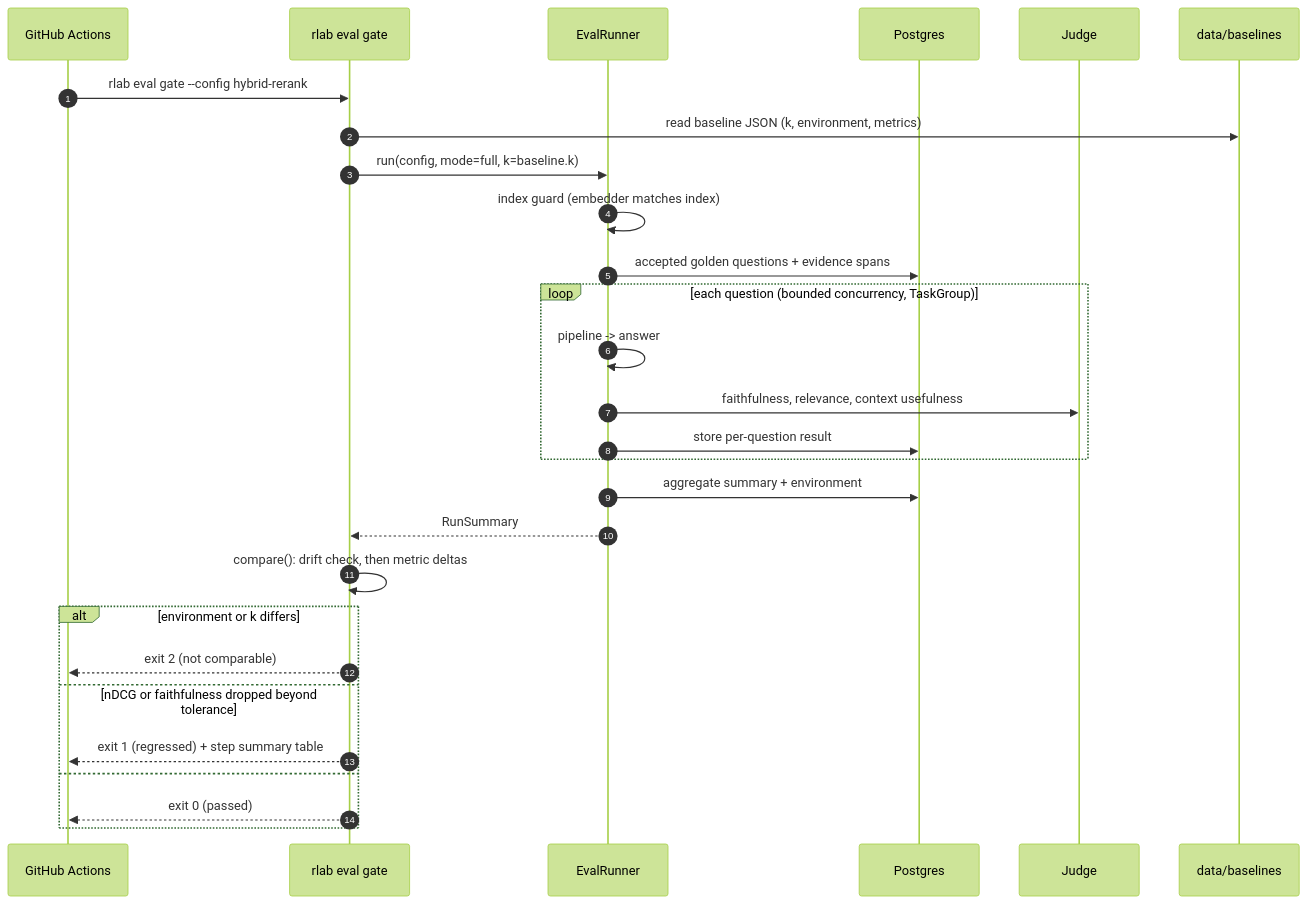
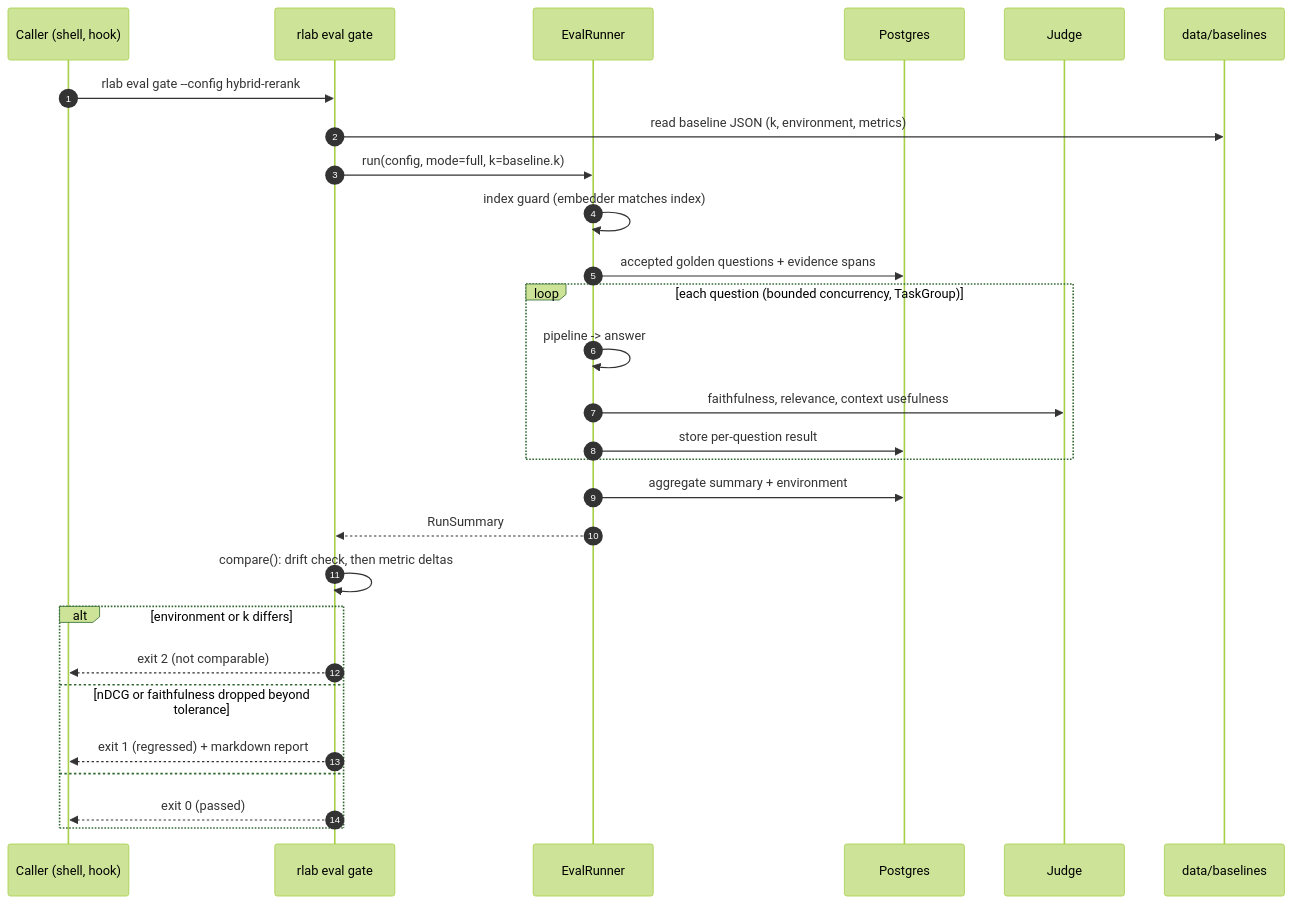
Before and after one commit to devm29/retrieval-lab: the third of 5 diagrams in README.md, drawn with Mermaid (forest theme). The commit also changed other lines of this file, not shown here.

````diff
--- a/README.md
+++ b/README.md
@@ -287,31 +293,31 @@
 ```mermaid
 sequenceDiagram
     autonumber
-    participant CI as GitHub Actions
+    participant S as Caller (shell, hook)
     participant C as rlab eval gate
     participant R as EvalRunner
     participant DB as Postgres
     participant J as Judge
     participant B as data/baselines
 
-    CI->>C: rlab eval gate --config hybrid-rerank
+    S->>C: rlab eval gate --config hybrid-rerank
     C->>B: read baseline JSON (k, environment, metrics)
     C->>R: run(config, mode=full, k=baseline.k)
     R->>R: index guard (embedder matches index)
     R->>DB: accepted golden questions + evidence spans
     loop each question (bounded concurrency, TaskGroup)
         R->>R: pipeline -> answer
         R->>J: faithfulness, relevance, context usefulness
         R->>DB: store per-question result
     end
     R->>DB: aggregate summary + environment
     R-->>C: RunSummary
     C->>C: compare(): drift check, then metric deltas
     alt environment or k differs
-        C-->>CI: exit 2 (not comparable)
+        C-->>S: exit 2 (not comparable)
     else nDCG or faithfulness dropped beyond tolerance
-        C-->>CI: exit 1 (regressed) + step summary table
+        C-->>S: exit 1 (regressed) + markdown report
     else
-        C-->>CI: exit 0 (passed)
+        C-->>S: exit 0 (passed)
     end
 ```
````
